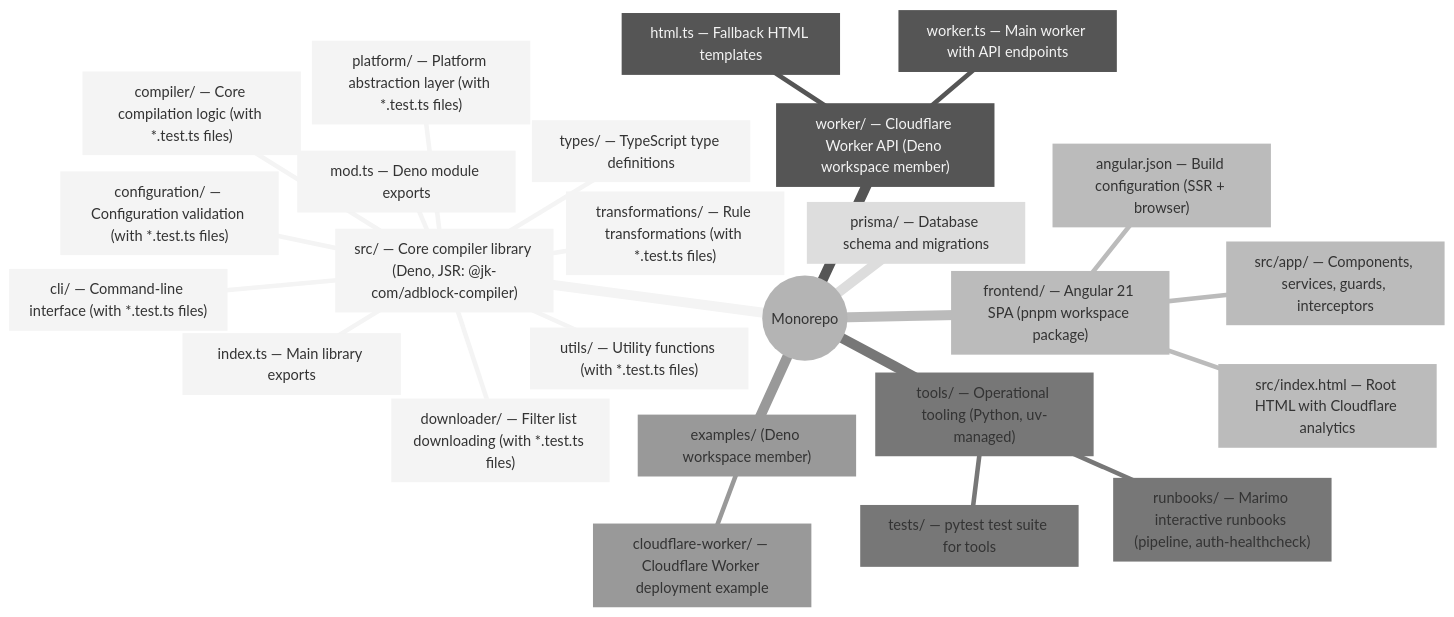
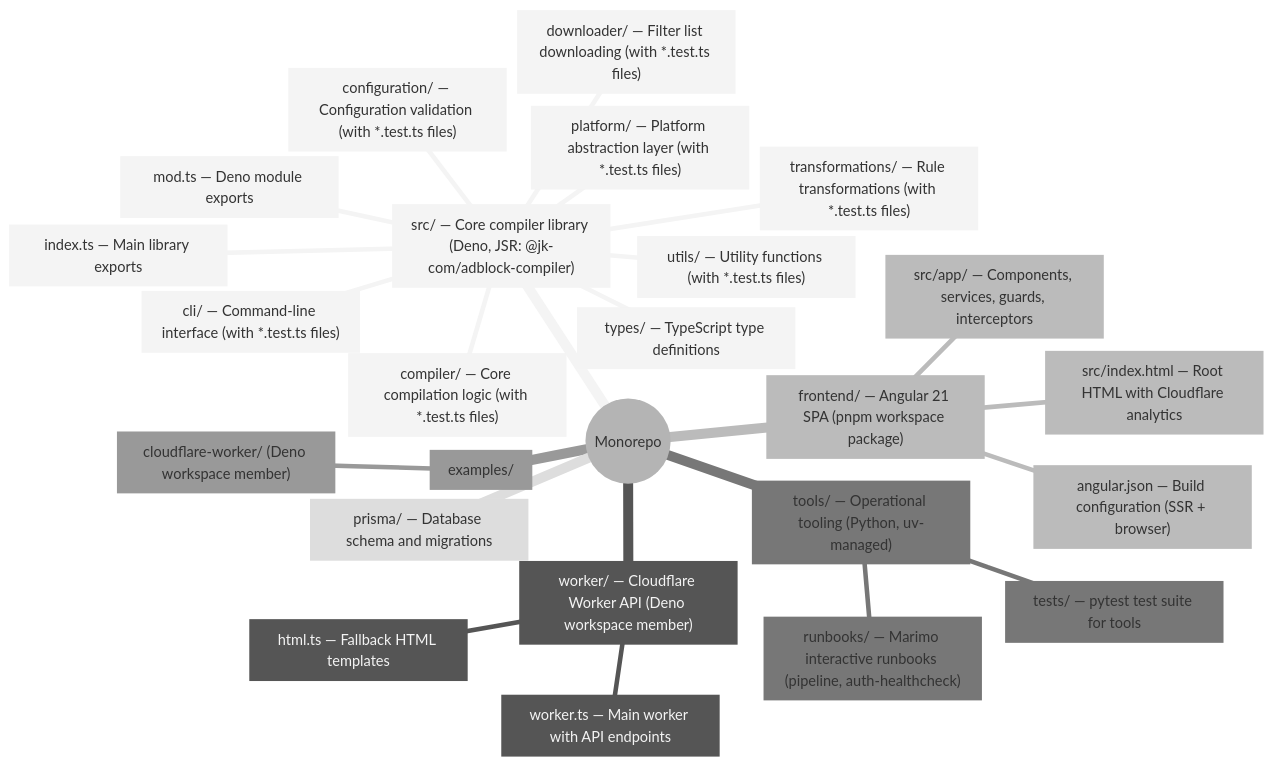
Before and after one commit to jaypatrick/adblock-compiler: the diagram in README.md, drawn with Mermaid (neutral theme). The commit also changed 5 other files, not shown here.

````diff
--- a/README.md
+++ b/README.md
@@ -347,28 +347,28 @@
 ```mermaid
 mindmap
   root((Monorepo))
     src["src/ — Core compiler library (Deno, JSR: @jk-com/adblock-compiler)"]
       cli["cli/ — Command-line interface (with *.test.ts files)"]
       compiler["compiler/ — Core compilation logic (with *.test.ts files)"]
       configuration["configuration/ — Configuration validation (with *.test.ts files)"]
       downloader["downloader/ — Filter list downloading (with *.test.ts files)"]
       platform["platform/ — Platform abstraction layer (with *.test.ts files)"]
       transformations["transformations/ — Rule transformations (with *.test.ts files)"]
       types["types/ — TypeScript type definitions"]
       utils["utils/ — Utility functions (with *.test.ts files)"]
       indexTs["index.ts — Main library exports"]
       modTs["mod.ts — Deno module exports"]
     worker["worker/ — Cloudflare Worker API (Deno workspace member)"]
       workerTs["worker.ts — Main worker with API endpoints"]
       htmlTs["html.ts — Fallback HTML templates"]
     frontend["frontend/ — Angular 21 SPA (pnpm workspace package)"]
       app["src/app/ — Components, services, guards, interceptors"]
       indexHtml["src/index.html — Root HTML with Cloudflare analytics"]
       angularJson["angular.json — Build configuration (SSR + browser)"]
     tools["tools/ — Operational tooling (Python, uv-managed)"]
       runbooks["runbooks/ — Marimo interactive runbooks (pipeline, auth-healthcheck)"]
       tests["tests/ — pytest test suite for tools"]
-    examples["examples/ (Deno workspace member)"]
-      cloudflareWorker["cloudflare-worker/ — Cloudflare Worker deployment example"]
+    examples["examples/"]
+      cloudflareWorker["cloudflare-worker/ (Deno workspace member)"]
     prisma["prisma/ — Database schema and migrations"]
 ```
````
